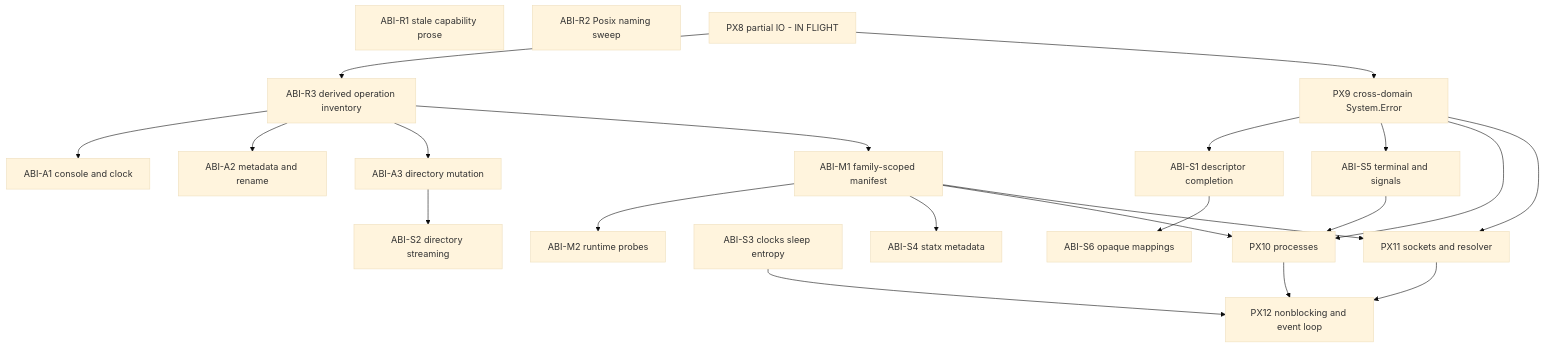
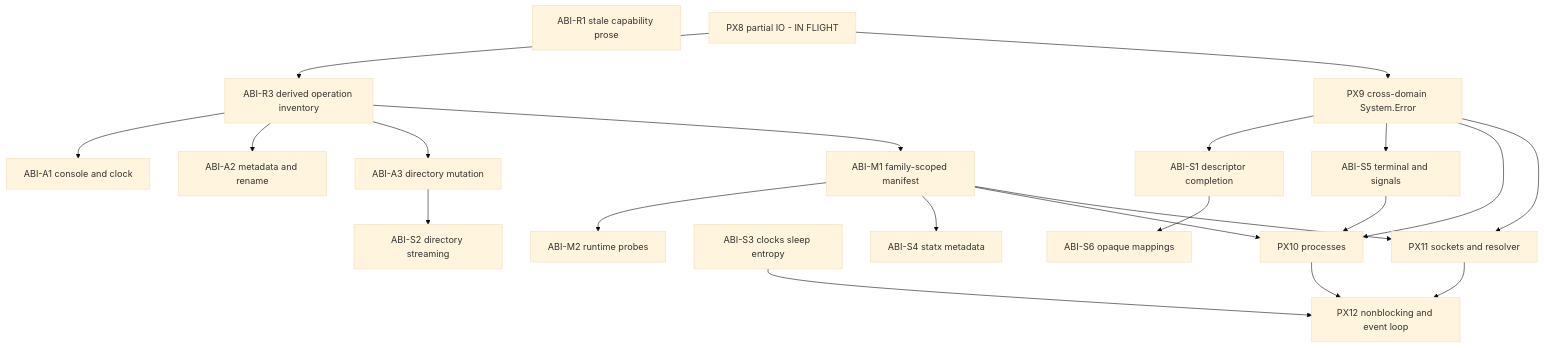
The diagram in docs/program/10-linux-abi-completion.md (ken-topos/ken), drawn with Mermaid (base theme) before and after one commit. The commit also changed other lines of this file and 1 other file, not shown here.

Commit message:
doc program: re-scope Wave 1 to fragment-based, add Wave 1b for deferred complete-program work; ABI: withdraw ABI-R2 (Posix name is accurate, premise was false)

````diff
--- a/docs/program/10-linux-abi-completion.md
+++ b/docs/program/10-linux-abi-completion.md
@@ -145,43 +177,42 @@
 ```mermaid
 flowchart TD
     ABI_R1[ABI-R1 stale capability prose]
-    ABI_R2[ABI-R2 Posix naming sweep]
     ABI_R3[ABI-R3 derived operation inventory]
     ABI_A1[ABI-A1 console and clock]
     ABI_A2[ABI-A2 metadata and rename]
     ABI_A3[ABI-A3 directory mutation]
     ABI_M1[ABI-M1 family-scoped manifest]
     ABI_M2[ABI-M2 runtime probes]
     PX8[PX8 partial IO - IN FLIGHT]
     PX9[PX9 cross-domain System.Error]
     ABI_S1[ABI-S1 descriptor completion]
     ABI_S2[ABI-S2 directory streaming]
     ABI_S3[ABI-S3 clocks sleep entropy]
     ABI_S4[ABI-S4 statx metadata]
     ABI_S5[ABI-S5 terminal and signals]
     ABI_S6[ABI-S6 opaque mappings]
     PX10[PX10 processes]
     PX11[PX11 sockets and resolver]
     PX12[PX12 nonblocking and event loop]
 
     PX8 --> ABI_R3
     ABI_R3 --> ABI_A1
     ABI_R3 --> ABI_A2
     ABI_R3 --> ABI_A3
     ABI_R3 --> ABI_M1
     ABI_M1 --> ABI_M2
     PX8 --> PX9
     PX9 --> ABI_S1
     ABI_A3 --> ABI_S2
     PX9 --> ABI_S5
     ABI_M1 --> ABI_S4
     ABI_S1 --> ABI_S6
     PX9 --> PX10
     ABI_M1 --> PX10
     ABI_S5 --> PX10
     PX9 --> PX11
     ABI_M1 --> PX11
     PX10 --> PX12
     PX11 --> PX12
     ABI_S3 --> PX12
 ```
````
